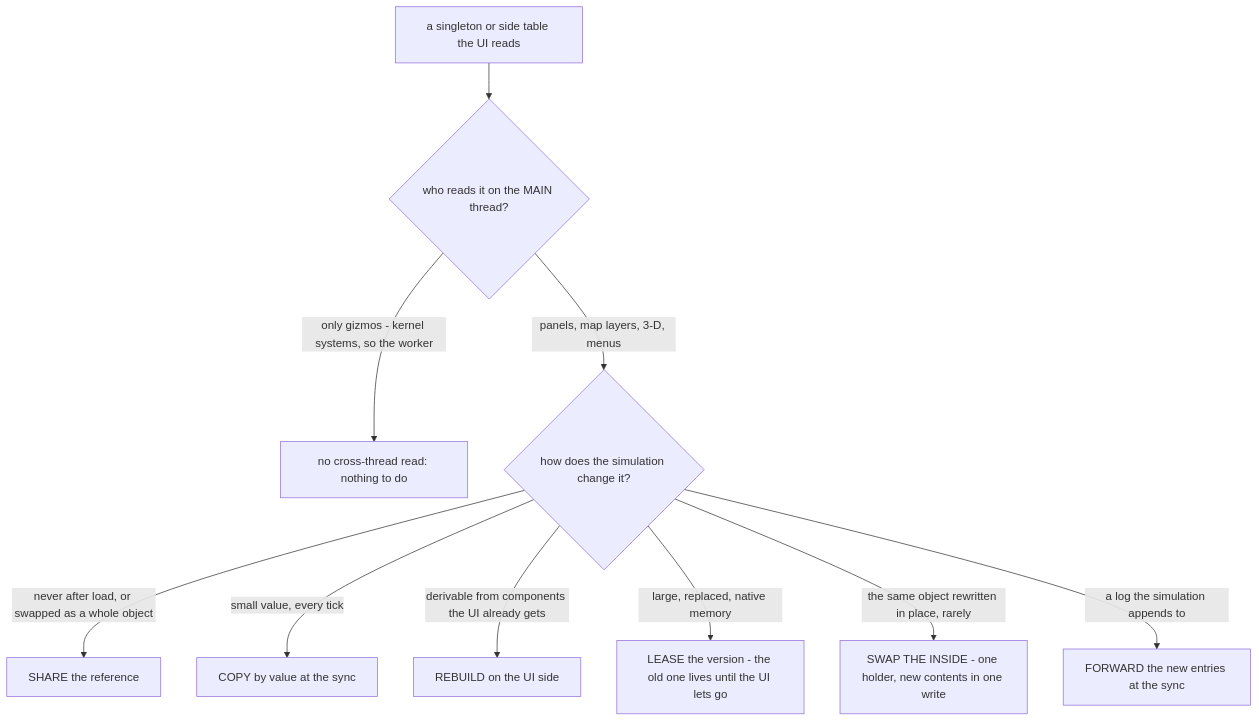
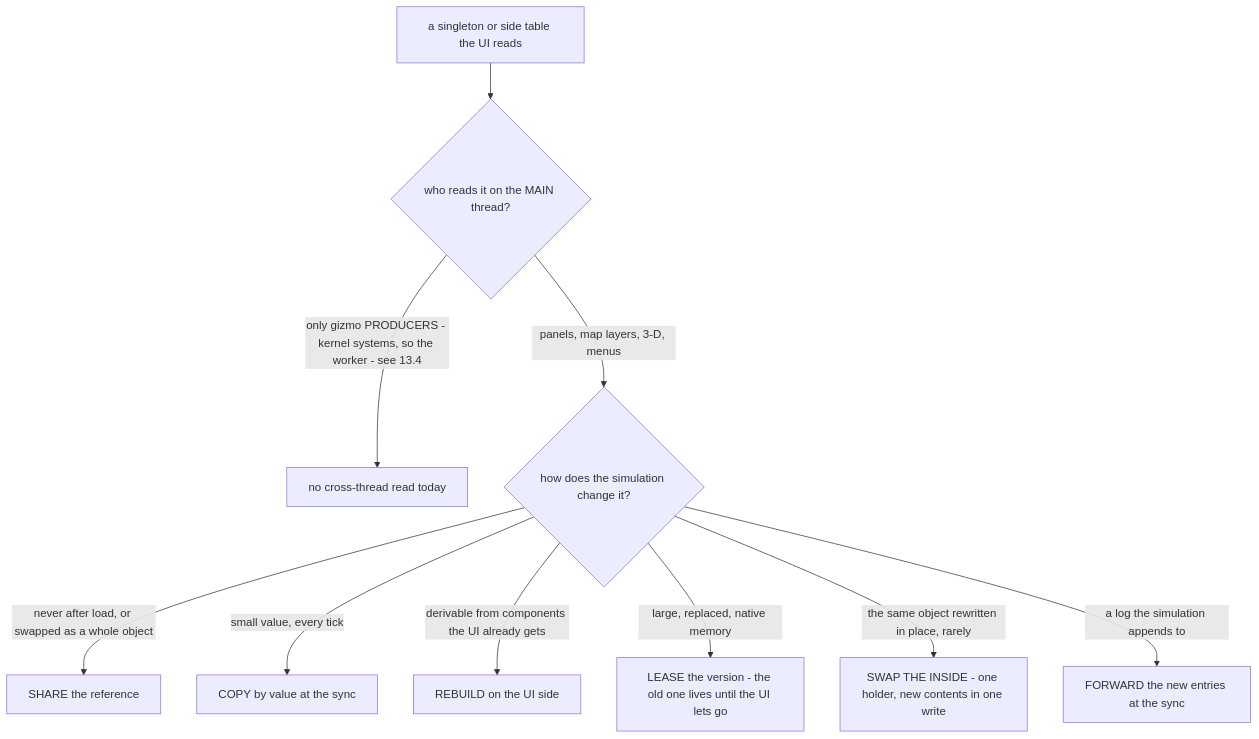
Before and after one commit to pjanec/HROT: the fourth of 4 diagrams in docs/DESIGN_Threaded_Simulation_Presentation.md, drawn with Mermaid. The commit also changed other lines of this file, not shown here.

First line of the commit message:
Threaded design §13.4: gizmos are presentation by intent but produced inside the tick — overlays stay on the worker, interactive tools move to the frame; correct 13's 'nothing to do'

````diff
--- a/docs/DESIGN_Threaded_Simulation_Presentation.md
+++ b/docs/DESIGN_Threaded_Simulation_Presentation.md
@@ -353,12 +353,12 @@
 ```mermaid
 flowchart TD
   Q[a singleton or side table the UI reads] --> R{who reads it on the MAIN thread?}
-  R -->|only gizmos - kernel systems, so the worker| W[no cross-thread read: nothing to do]
+  R -->|only gizmo PRODUCERS - kernel systems, so the worker - see 13.4| W[no cross-thread read today]
   R -->|panels, map layers, 3-D, menus| M{how does the simulation change it?}
   M -->|never after load, or swapped as a whole object| S[SHARE the reference]
   M -->|small value, every tick| C[COPY by value at the sync]
   M -->|derivable from components the UI already gets| B[REBUILD on the UI side]
   M -->|large, replaced, native memory| L[LEASE the version - the old one lives until the UI lets go]
   M -->|the same object rewritten in place, rarely| V[SWAP THE INSIDE - one holder, new contents in one write]
   M -->|a log the simulation appends to| F[FORWARD the new entries at the sync]
 ```
````
